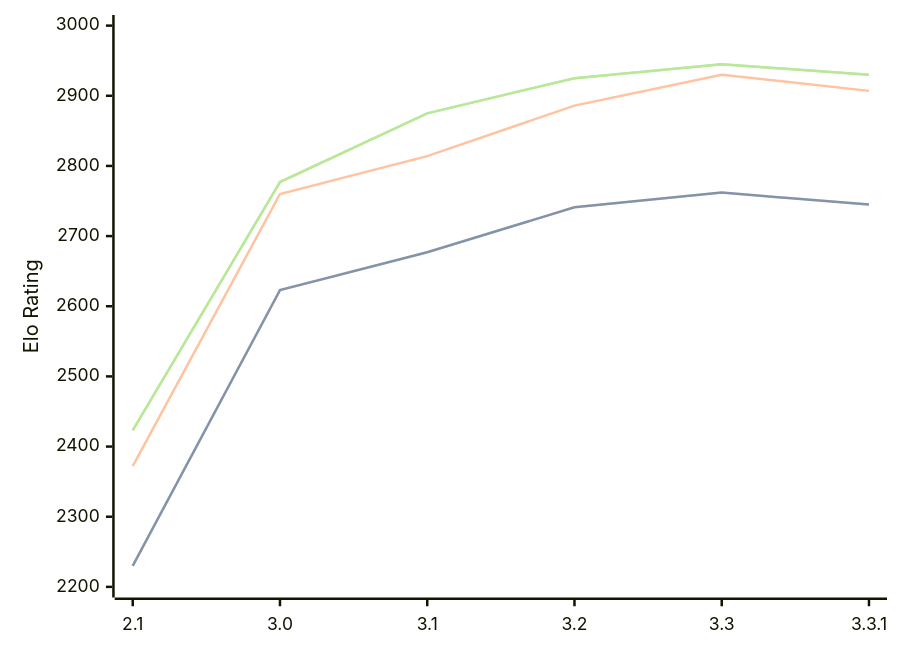
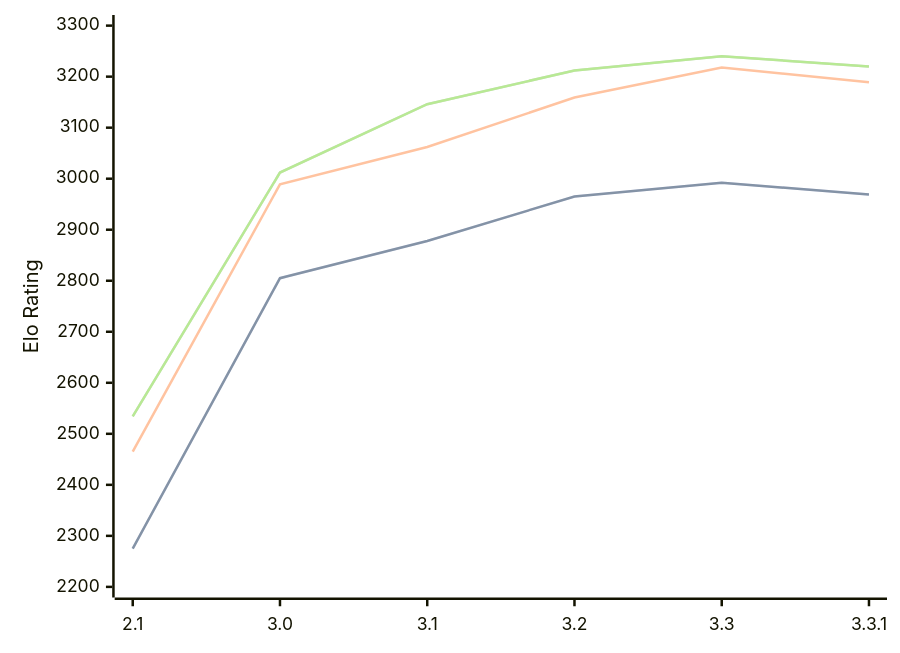
The diagram in engines/Petrel.md (computer-chess-index/cci), drawn with Mermaid before and after one commit. The commit also changed other lines of this file, not shown here.

Commit message:
Update CCI Ratings (ELO VLTC) - 2026-02-24

````diff
--- a/engines/Petrel.md
+++ b/engines/Petrel.md
@@ -40,11 +41,11 @@
 ```mermaid
 %%{init: {"theme":"base","themeVariables":{"seriesColors:['#a3a3a3','#222221','#faa371']}}}%%
 xychart-beta
   x-axis ["2.1", "3.0", "3.1", "3.2", "3.3", "3.3.1"]
-  y-axis "Elo Rating" 2200 --> 3000
-  line "STC (8.0+0.08s)" [2230, 2623, 2677, 2741, 2762, 2745]
-  line "STC (8.0+0.08s)" [2230, 2623, 2677, 2741, 2762, 2745]
-  line "LTC (60.0+0.60s)" [2372, 2760, 2814, 2886, 2930, 2907]
-  line "VLTC (2m24s+1.12s)" [2423, 2777, 2875, 2925, 2945, 2930]
-  line "VLTC (2m24s+1.12s)" [2423, 2777, 2875, 2925, 2945, 2930]
+  y-axis "Elo Rating" 2200 --> 3300
+  line "STC (8.0+0.08s)" [2275, 2805, 2878, 2965, 2992, 2969]
+  line "STC (8.0+0.08s)" [2275, 2805, 2878, 2965, 2992, 2969]
+  line "LTC (60.0+0.60s)" [2465, 2989, 3062, 3159, 3218, 3189]
+  line "VLTC (2m24s+1.12s)" [2534, 3012, 3146, 3212, 3240, 3220]
+  line "VLTC (2m24s+1.12s)" [2534, 3012, 3146, 3212, 3240, 3220]
 ```
````
